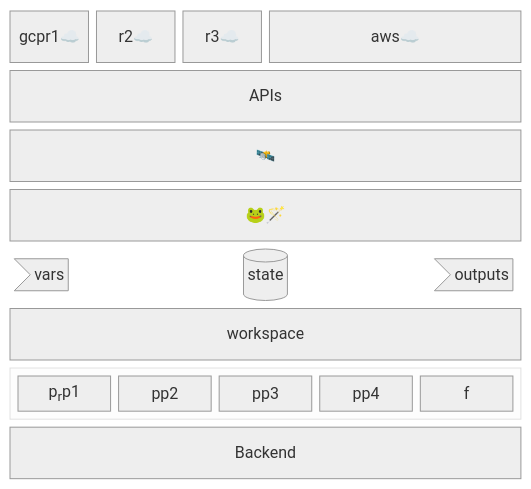
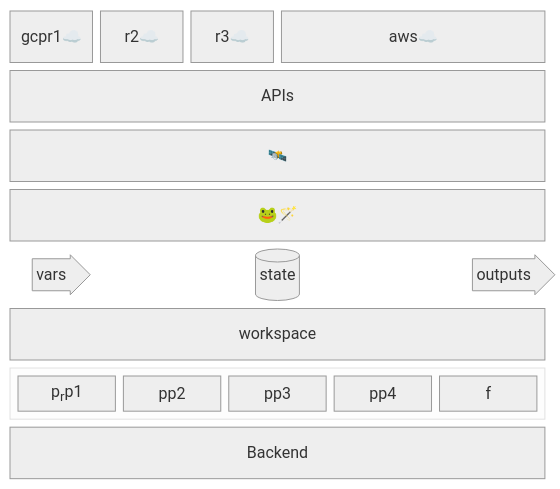
One commit to sohale/cs-glossaries changed the diagram in devops/terraform-tut.md. Above: the diagram before and after it, drawn with Mermaid (neutral theme).

````diff
--- a/devops/terraform-tut.md
+++ b/devops/terraform-tut.md
@@ -78,30 +78,32 @@
 ```mermaid
 block-beta
   columns 6
   gcpr1☁️ r2☁️ r3☁️ aws☁️:3
   %% resources on cloud providers
   APIs:6
   interwebs["🛰️"]:6
   %% block:group1:6
   %%   columns 2
   %%   h i j k
   %% end
   g["🐸🪄"]:6
   %% block:group2:6
   %%  %% columns auto (default)
   %%  p1 p2 p3  p4 p5 p6
   %% end
   %% outputs["outputs"]:6
-  vars1>"vars"]:1
+  %% vars1>"vars"]:1
+  vars1<["vars"]>(right):1
   state1[("state")]:4
-  outs1>"outputs"]:1
+  %% outs1>"outputs"]:1
+  outs1<["outputs"]>(right):1
   %% variables["variables"]:6
   workspace["workspace"]:6
   block:group3:6
     columns 5
     %%  The width of the columns is determined by the widest block
     %% pp["provider plugins"]:1
     p1["p<sub>r</sub>p1"]:1 pp2:1 pp3:1 pp4:1 f:1
   end
   Backend:6
 ```
````
